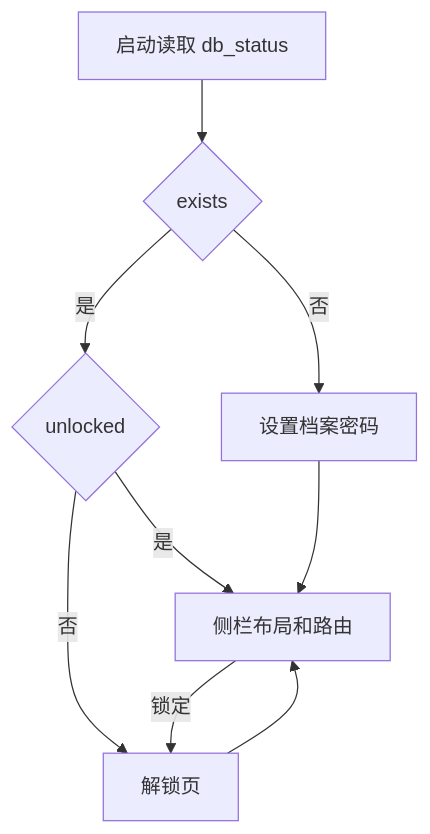
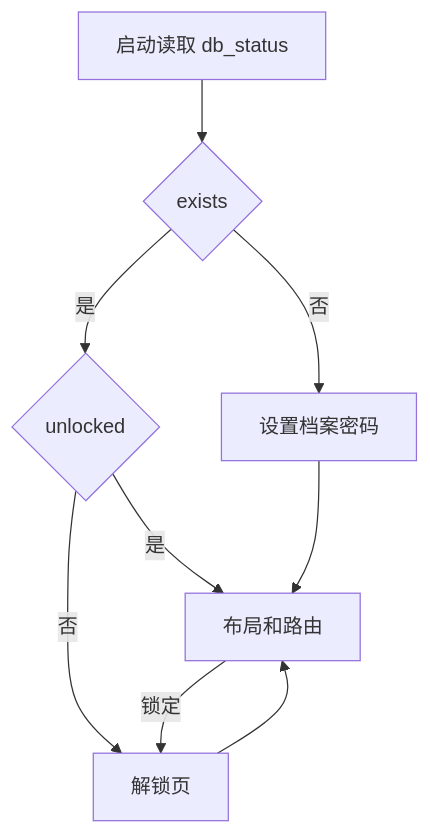
One commit to viclilei1921/precession changed the first of 2 diagrams in docs/frontend.md. Above: the diagram before and after it, drawn with Mermaid. The commit also changed other lines of this file and 182 other files, not shown here.

````diff
--- a/docs/frontend.md
+++ b/docs/frontend.md
@@ -43,12 +47,12 @@
 ```mermaid
 flowchart TD
   boot[启动读取 db_status]
   boot --> missing{exists}
   missing -->|否| create[设置档案密码]
   missing -->|是| locked{unlocked}
   locked -->|否| unlock[解锁页]
-  locked -->|是| layout[侧栏布局和路由]
+  locked -->|是| layout[布局和路由]
   create --> layout
   unlock --> layout
   layout -->|锁定| unlock
 ```
````
